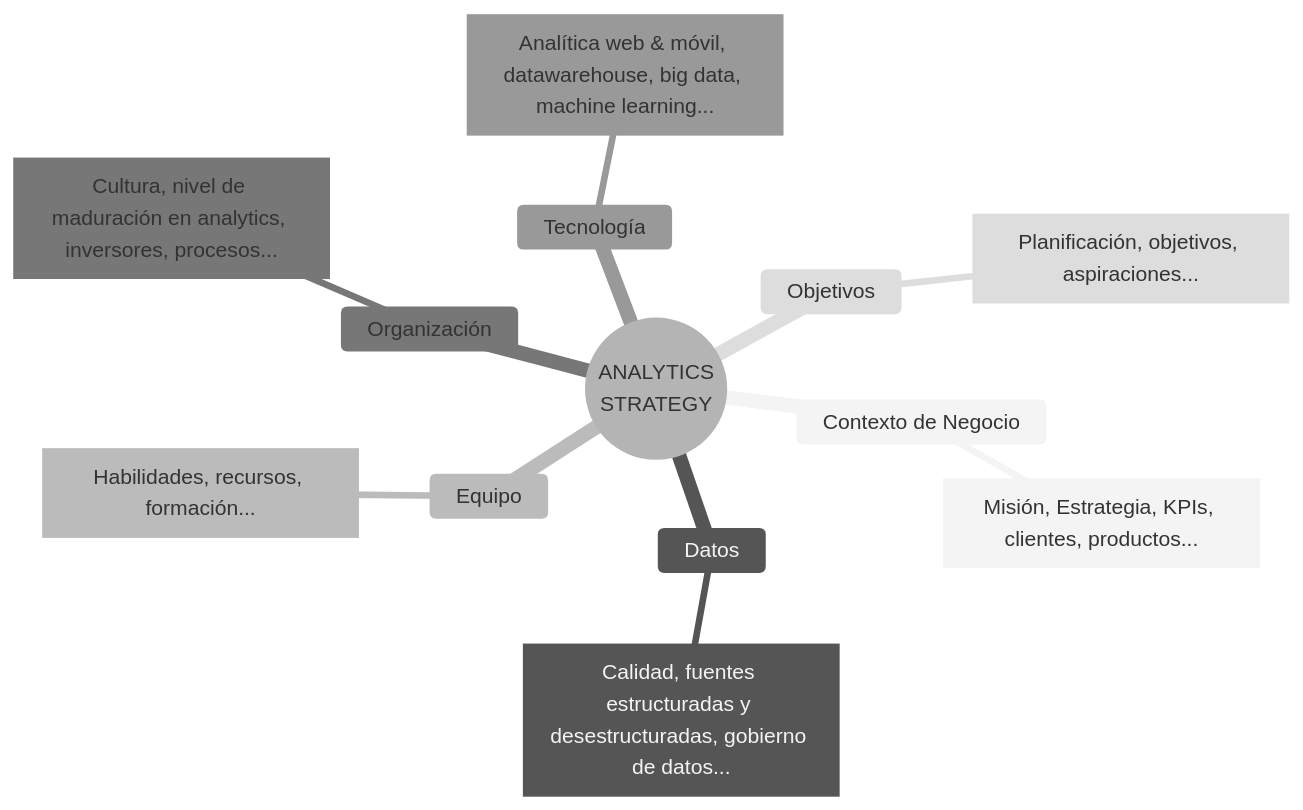
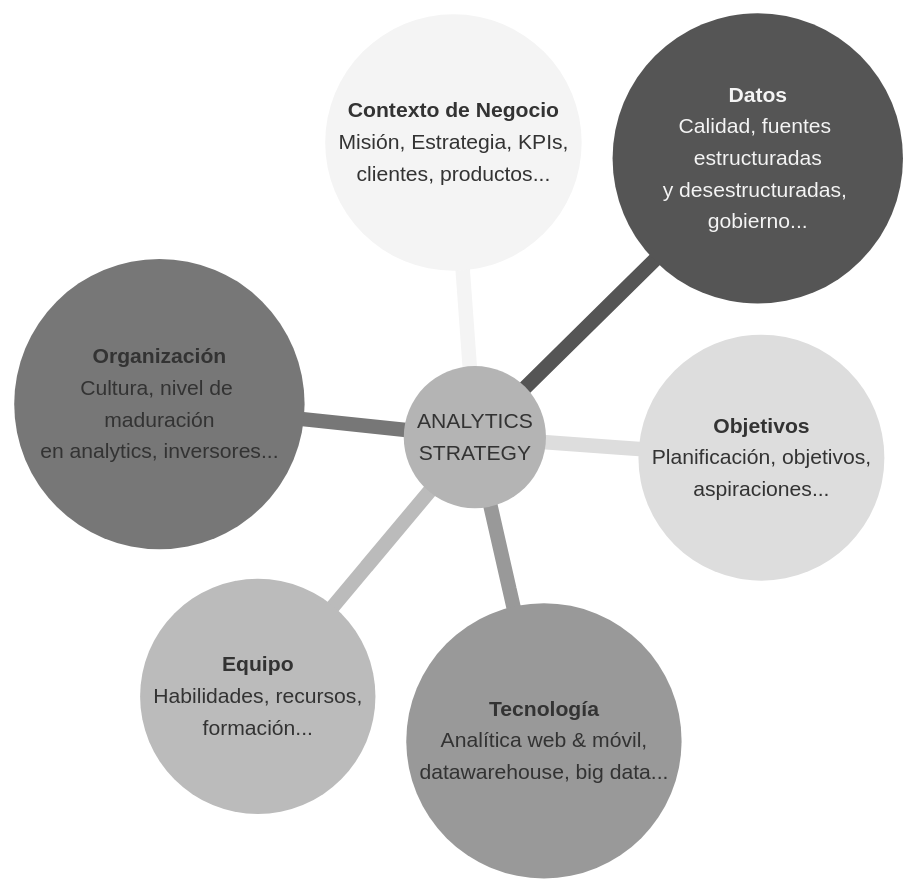
Before and after one commit to laralbir/bigdata-ia: the ninth of 9 diagrams in clases/big_data_aplicado/anotaciones/almacenamiento_masivo_datos.md, drawn with Mermaid (neutral theme).

Commit message:
docs(big_data_aplicado): mejorar la estética del mindmap fusionando el texto en nodos circulares

````diff
--- a/clases/big_data_aplicado/anotaciones/almacenamiento_masivo_datos.md
+++ b/clases/big_data_aplicado/anotaciones/almacenamiento_masivo_datos.md
@@ -547,16 +547,10 @@
 ```mermaid
 mindmap
   root((ANALYTICS<br/>STRATEGY))
-    Contexto de Negocio
-      [Misión, Estrategia, KPIs, clientes, productos...]
-    Datos
-      [Calidad, fuentes estructuradas y desestructuradas, gobierno de datos...]
-    Equipo
-      [Habilidades, recursos, formación...]
-    Organización
-      [Cultura, nivel de maduración en analytics, inversores, procesos...]
-    Tecnología
-      [Analítica web & móvil, datawarehouse, big data, machine learning...]
-    Objetivos
-      [Planificación, objetivos, aspiraciones...]
+    Contexto(("**Contexto de Negocio**<br/>Misión, Estrategia, KPIs,<br/>clientes, productos..."))
+    Datos(("**Datos**<br/>Calidad, fuentes estructuradas<br/>y desestructuradas, gobierno..."))
+    Equipo(("**Equipo**<br/>Habilidades, recursos,<br/>formación..."))
+    Organizacion(("**Organización**<br/>Cultura, nivel de maduración<br/>en analytics, inversores..."))
+    Tecnologia(("**Tecnología**<br/>Analítica web & móvil,<br/>datawarehouse, big data..."))
+    Objetivos(("**Objetivos**<br/>Planificación, objetivos,<br/>aspiraciones..."))
 ```
````
